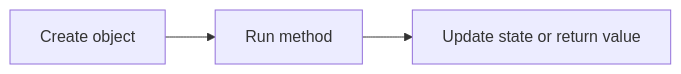
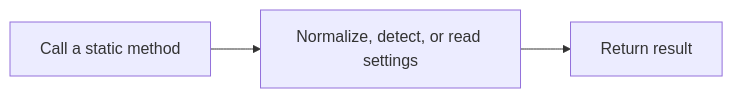
The fifth of 5 diagrams in documentation/ddt4all/core/elm/device_manager.md (cedricp/ddt4all), drawn with Mermaid before and after one commit. The commit also changed other lines of this file and 17 other files, not shown here.

````diff
--- a/documentation/ddt4all/core/elm/device_manager.md
+++ b/documentation/ddt4all/core/elm/device_manager.md
@@ -253,5 +104,5 @@
 ```mermaid
 flowchart LR
-    A[Create object] --> B[Run method]
-    B --> C[Update state or return value]
+    A[Call a static method] --> B[Normalize, detect, or read settings]
+    B --> C[Return result]
 ```
````
